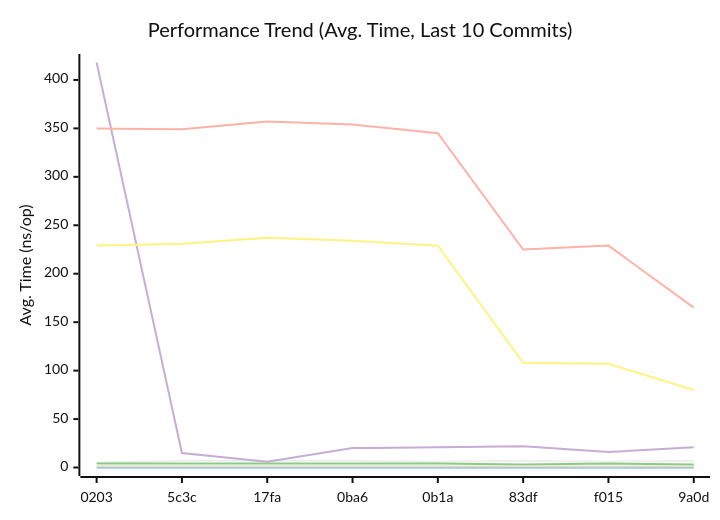
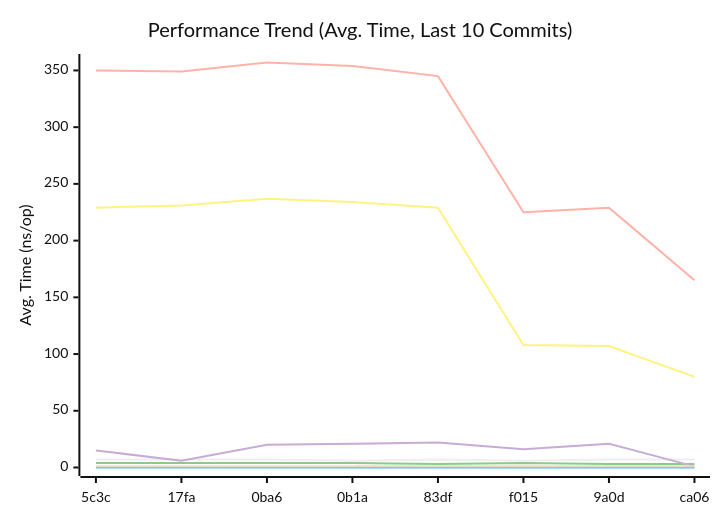
The first of 3 diagrams in docs/README.md (alsotoes/momo), drawn with Mermaid (neutral theme) before and after one commit. The commit also changed other lines of this file and 1 other file, not shown here.

````diff
--- a/docs/README.md
+++ b/docs/README.md
@@ -188,14 +188,14 @@
 ```mermaid
 xychart-beta
     title "Performance Trend (Avg. Time, Last 10 Commits)"
     x-axis "Commit"
     y-axis "Avg. Time (ns/op)"
-    x-axis [0203,5c3c,17fa,0ba6,0b1a,83df,f015,9a0d]
-    line "CheckMetricsAndSwap" [5,7,7,7,6,7,6,7,7,7]
+    x-axis [5c3c,17fa,0ba6,0b1a,83df,f015,9a0d,ca06]
+    line "CheckMetricsAndSwap" [7,7,7,6,7,6,7,7,7,5]
     line "IndexDirectTracking" [0,0,0,0,0,0,0,0,0,0]
-    line "IndexSearch" [4,4,4,4,4,3,4,3,3,1]
-    line "LoadGlobalConfig" [418,15,6,20,21,22,16,21,1,20]
+    line "IndexSearch" [4,4,4,4,3,4,3,3,1,1]
+    line "LoadGlobalConfig" [15,6,20,21,22,16,21,1,20,22]
     line "PadString" [1,1,1,1,1,1,1,1,1,1]
     line "ParseReplicationOrder_NoPrealloc" [350,349,357,354,345,225,229,165,232,234]
     line "ParseReplicationOrder_Prealloc" [229,231,237,234,229,108,107,80,110,109]
 ```
````
